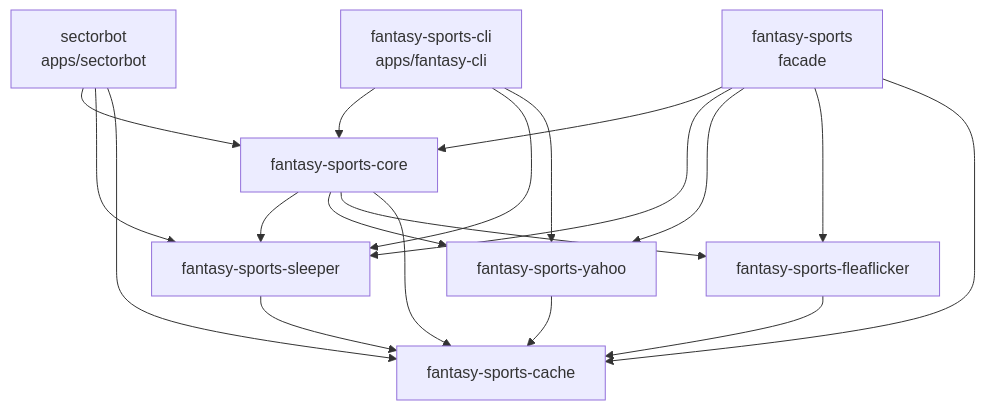
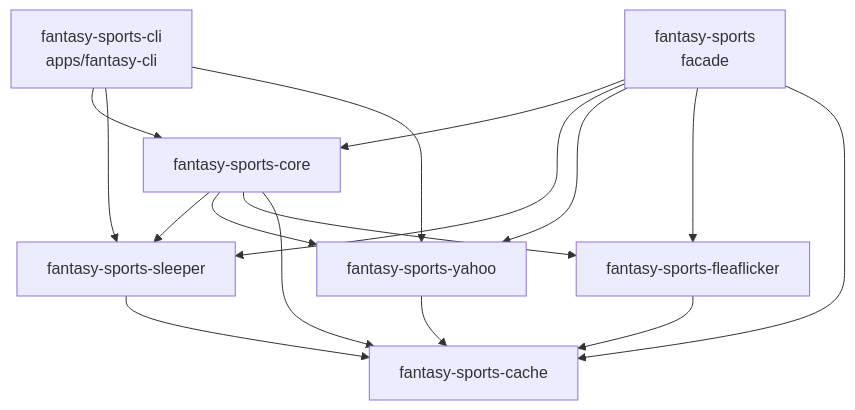
One commit to Sectorbob/fantasy-sports-rs changed the diagram in docs/ARCHITECTURE.md. Above: the diagram before and after it, drawn with Mermaid. The commit also changed other lines of this file and 45 other files, not shown here.

````diff
--- a/docs/ARCHITECTURE.md
+++ b/docs/ARCHITECTURE.md
@@ -19,21 +19,18 @@
 ```mermaid
 graph TD
     cli[fantasy-sports-cli<br/>apps/fantasy-cli] --> core
-    bot[sectorbot<br/>apps/sectorbot] --> core
-    bot --> sleeper
-    bot --> cache
     cli --> sleeper
     cli --> yahoo
     facade[fantasy-sports<br/>facade] --> core
     facade --> sleeper
     facade --> yahoo
     facade --> fleaflicker
     facade --> cache
     core[fantasy-sports-core] --> sleeper[fantasy-sports-sleeper]
     core --> yahoo[fantasy-sports-yahoo]
     core --> fleaflicker[fantasy-sports-fleaflicker]
     core --> cache
     sleeper --> cache[fantasy-sports-cache]
     yahoo --> cache
     fleaflicker --> cache
 ```
````
